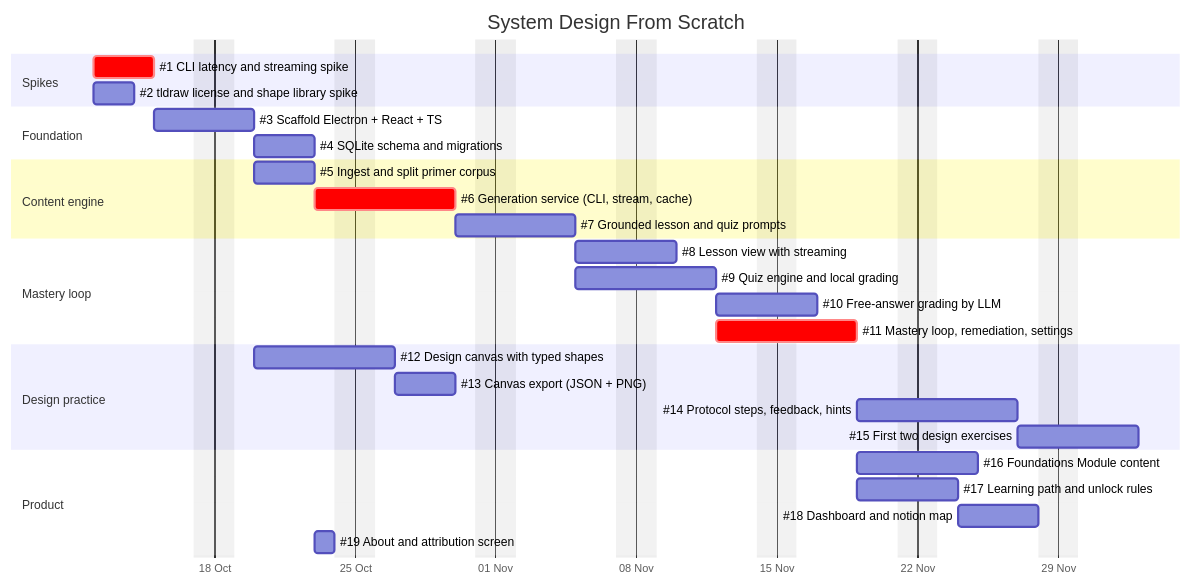
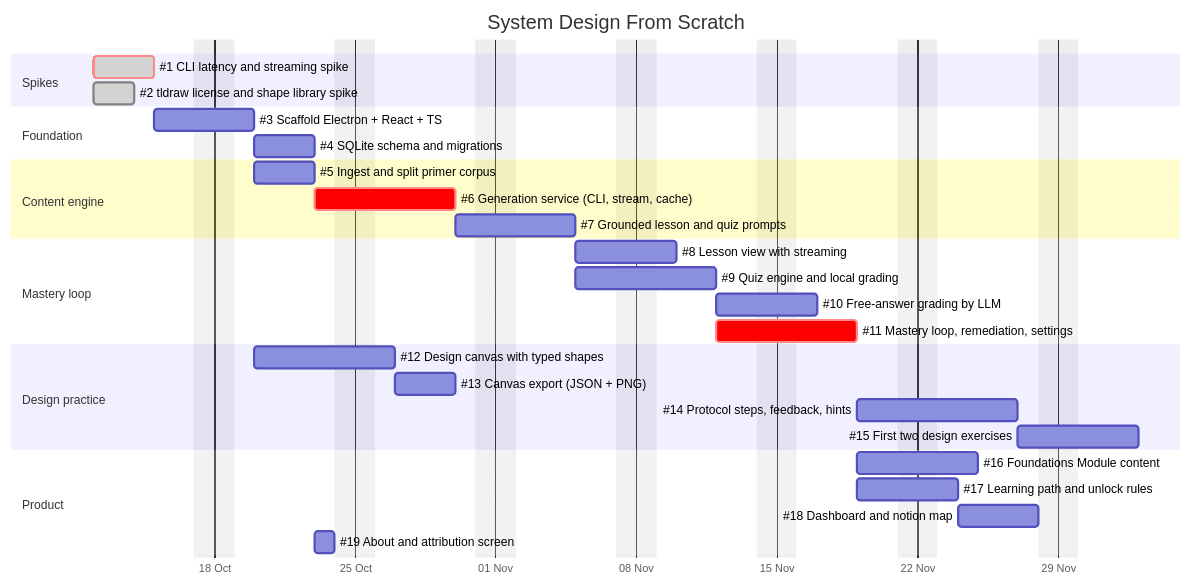
The diagram in docs/ROADMAP.md (jbclaramonte/system-design-from-scratch), drawn with Mermaid before and after one commit. The commit also changed 24 other files, not shown here.

First line of the commit message:
docs: add spike results for CLI latency (#1) and tldraw (#2)

````diff
--- a/docs/ROADMAP.md
+++ b/docs/ROADMAP.md
@@ -13,38 +13,38 @@
 ```mermaid
 gantt
     title System Design From Scratch
     dateFormat YYYY-MM-DD
     excludes weekends
     axisFormat %d %b
 
     section Spikes
-    #1 CLI latency and streaming spike        :crit, s1, 2026-10-12, 3d
-    #2 tldraw license and shape library spike :s2, 2026-10-12, 2d
+    #1 CLI latency and streaming spike        :done, crit, s1, 2026-10-12, 3d
+    #2 tldraw license and shape library spike :done, s2, 2026-10-12, 2d
 
     section Foundation
     #3 Scaffold Electron + React + TS         :f1, after s1, 3d
     #4 SQLite schema and migrations           :f2, after f1, 3d
 
     section Content engine
     #5 Ingest and split primer corpus         :c1, after f1, 3d
     #6 Generation service (CLI, stream, cache):crit, c2, after f2, 5d
     #7 Grounded lesson and quiz prompts       :c3, after c1 c2, 4d
 
     section Mastery loop
     #8 Lesson view with streaming             :m1, after c3, 3d
     #9 Quiz engine and local grading          :m2, after c3, 5d
     #10 Free-answer grading by LLM            :m3, after m2, 3d
     #11 Mastery loop, remediation, settings   :crit, m4, after m1 m2, 5d
 
     section Design practice
     #12 Design canvas with typed shapes       :d1, after s2 f1, 5d
     #13 Canvas export (JSON + PNG)            :d2, after d1, 3d
     #14 Protocol steps, feedback, hints       :d3, after d2 m4, 6d
     #15 First two design exercises            :d4, after d3, 4d
 
     section Product
     #16 Foundations Module content            :p1, after m4, 4d
     #17 Learning path and unlock rules        :p2, after m4, 3d
     #18 Dashboard and notion map              :p3, after p2, 4d
     #19 About and attribution screen          :p4, after c1, 1d
 ```
````
